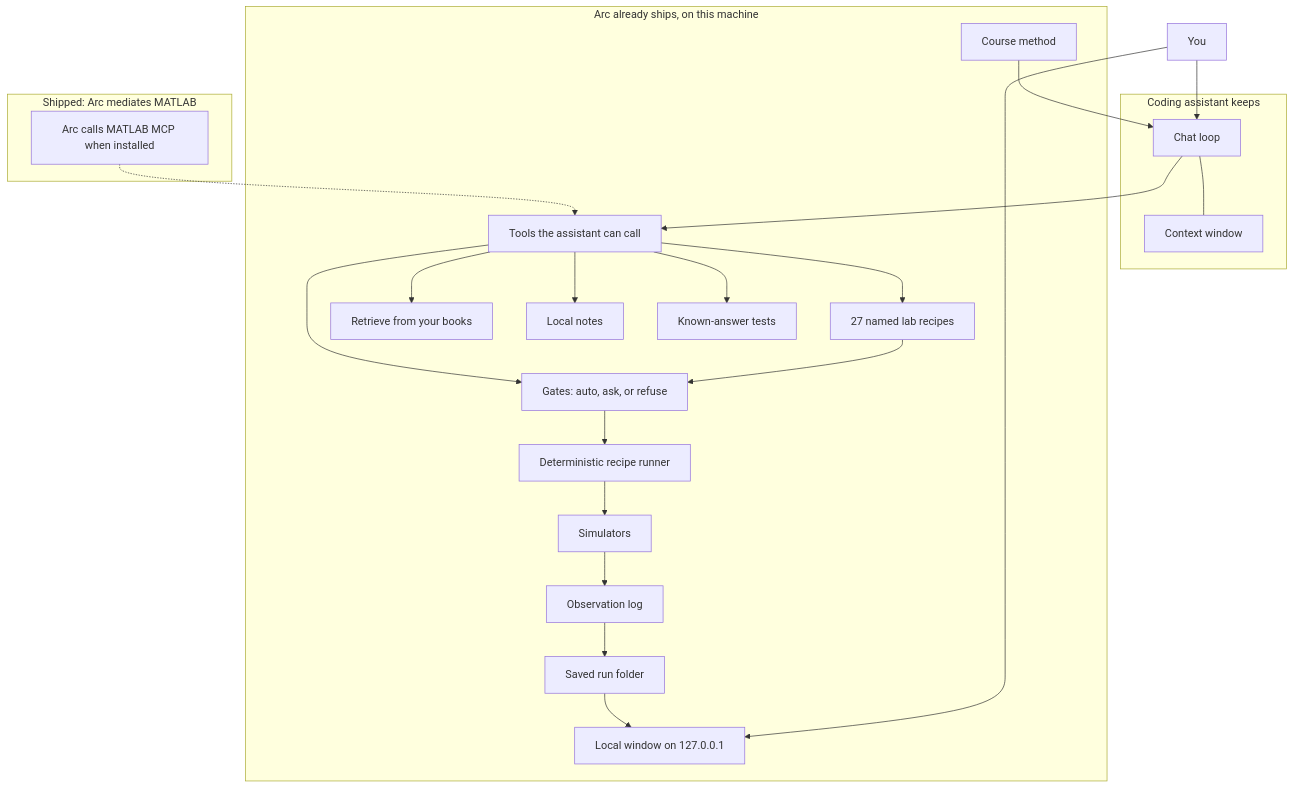
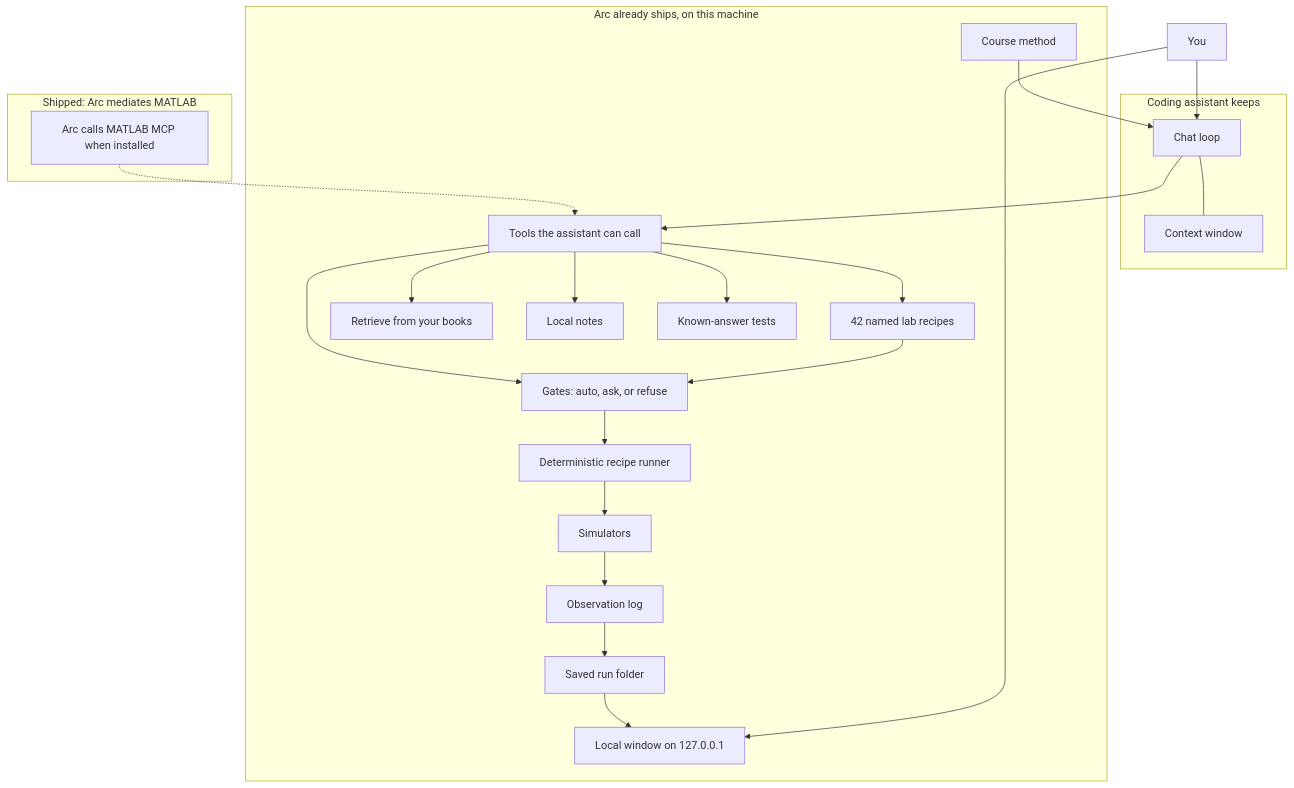
Before and after one commit to Vinayak-RZ/ARC: the first of 10 diagrams in docs/ON_THE_HARNESS.md, drawn with Mermaid. The commit also changed other lines of this file and 8 other files, not shown here.

````diff
--- a/docs/ON_THE_HARNESS.md
+++ b/docs/ON_THE_HARNESS.md
@@ -49,42 +49,42 @@
 ```mermaid
 flowchart TB
   You[You]
   subgraph host["Coding assistant keeps"]
     Loop[Chat loop]
     Ctx[Context window]
     Loop --- Ctx
   end
   subgraph arc["Arc already ships, on this machine"]
     Method[Course method]
     Tools[Tools the assistant can call]
-    Recipes[27 named lab recipes]
+    Recipes[42 named lab recipes]
     Runner[Deterministic recipe runner]
     Sims[Simulators]
     Gates[Gates: auto, ask, or refuse]
     Books[Retrieve from your books]
     Notes[Local notes]
     Observe[Observation log]
     Tests[Known-answer tests]
     Folder[Saved run folder]
     Window[Local window on 127.0.0.1]
   end
   subgraph matlab["Shipped: Arc mediates MATLAB"]
     Other[Arc calls MATLAB MCP when installed]
   end
   You --> Loop
   You --> Window
   Loop --> Tools
   Tools --> Recipes
   Recipes --> Gates
   Tools --> Gates
   Gates --> Runner
   Runner --> Sims
   Sims --> Observe
   Observe --> Folder
   Folder --> Window
   Tools --> Books
   Tools --> Notes
   Tools --> Tests
   Method --> Loop
   Other -.-> Tools
 ```
````
